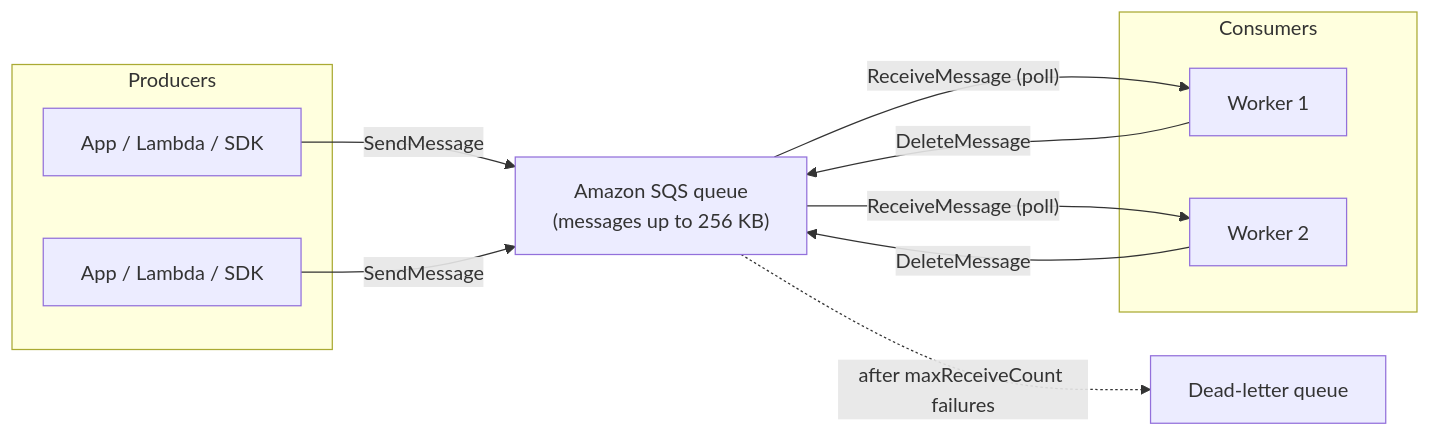
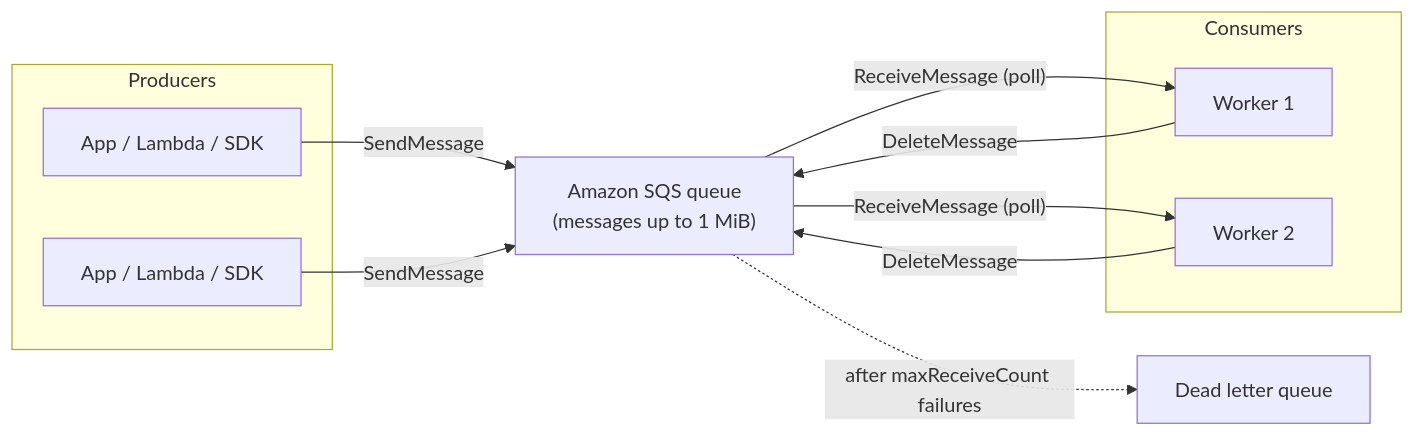
Before and after one commit to Jonah-Schwartz521/dea-notes: the first of 31 diagrams in certs/dea-c01/courses/AWS Certified Data Engineer Associate 2026/08_application_integration.md, drawn with Mermaid. The commit also changed other lines of this file and 7 other files, not shown here.

````diff
--- a/certs/dea-c01/courses/AWS Certified Data Engineer Associate 2026/08_application_integration.md
+++ b/certs/dea-c01/courses/AWS Certified Data Engineer Associate 2026/08_application_integration.md
@@ -9,24 +99,24 @@
 ```mermaid
 flowchart LR
     subgraph P["Producers"]
         P1["App / Lambda / SDK"]
         P2["App / Lambda / SDK"]
     end
 
-    Q["Amazon SQS queue<br/>(messages up to 256 KB)"]
+    Q["Amazon SQS queue<br/>(messages up to 1 MiB)"]
 
     subgraph C["Consumers"]
         C1["Worker 1"]
         C2["Worker 2"]
     end
 
-    DLQ["Dead-letter queue"]
+    DLQ["Dead letter queue"]
 
     P1 -->|"SendMessage"| Q
     P2 -->|"SendMessage"| Q
     Q -->|"ReceiveMessage (poll)"| C1
     Q -->|"ReceiveMessage (poll)"| C2
     C1 -->|"DeleteMessage"| Q
     C2 -->|"DeleteMessage"| Q
     Q -.->|"after maxReceiveCount failures"| DLQ
 ```
````
